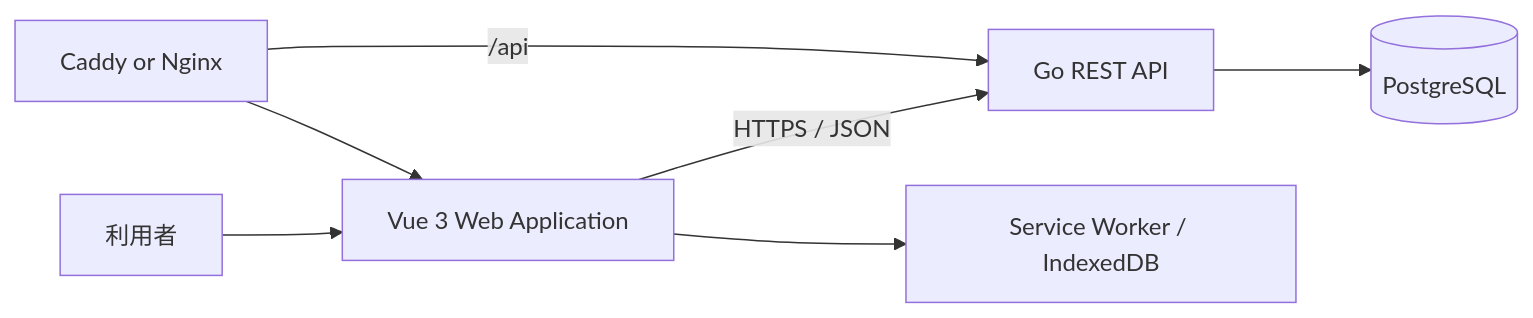
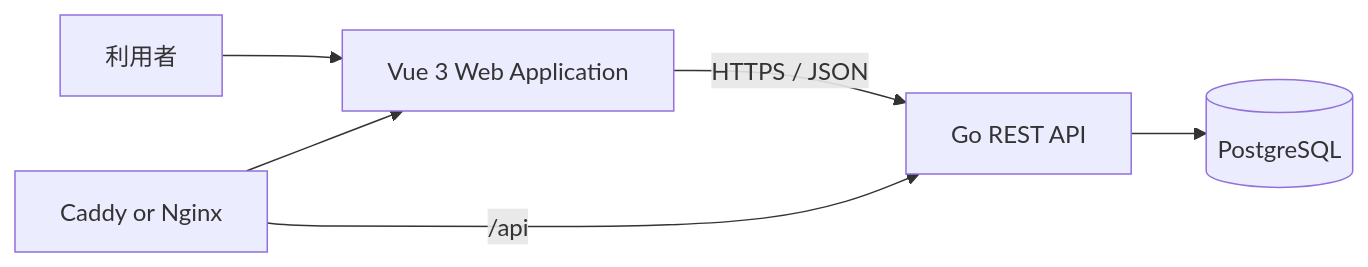
The first of 2 diagrams in docs/design/detailed-design.md (yasuhirotakemura/minimalist-app), drawn with Mermaid before and after one commit. The commit also changed other lines of this file and 150 other files, not shown here.

````diff
--- a/docs/design/detailed-design.md
+++ b/docs/design/detailed-design.md
@@ -145,9 +155,8 @@
 ```mermaid
 flowchart LR
     User[利用者] --> Web[Vue 3 Web Application]
     Web -->|HTTPS / JSON| Api[Go REST API]
     Api --> Db[(PostgreSQL)]
-    Web --> Cache[Service Worker / IndexedDB]
     Proxy[Caddy or Nginx] --> Web
     Proxy -->|/api| Api
 ```
````
